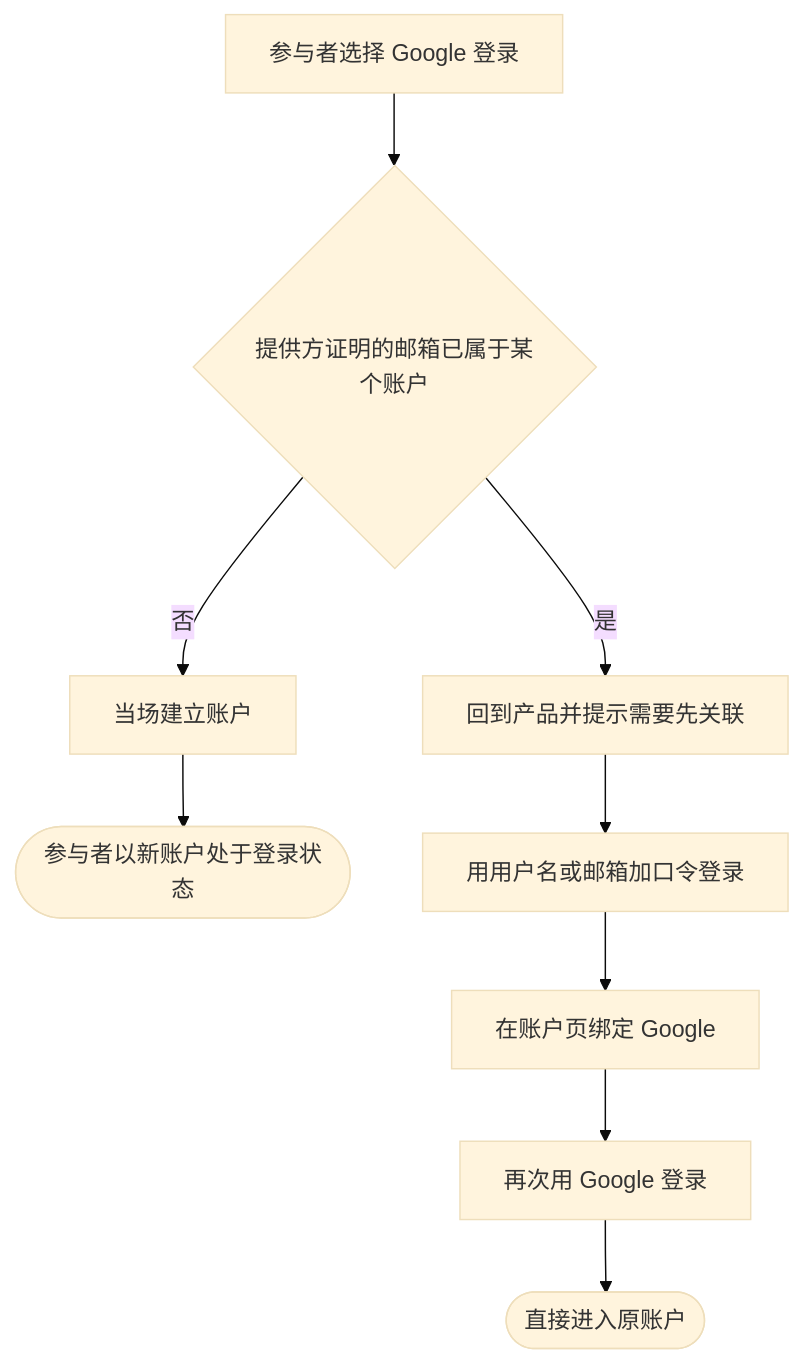
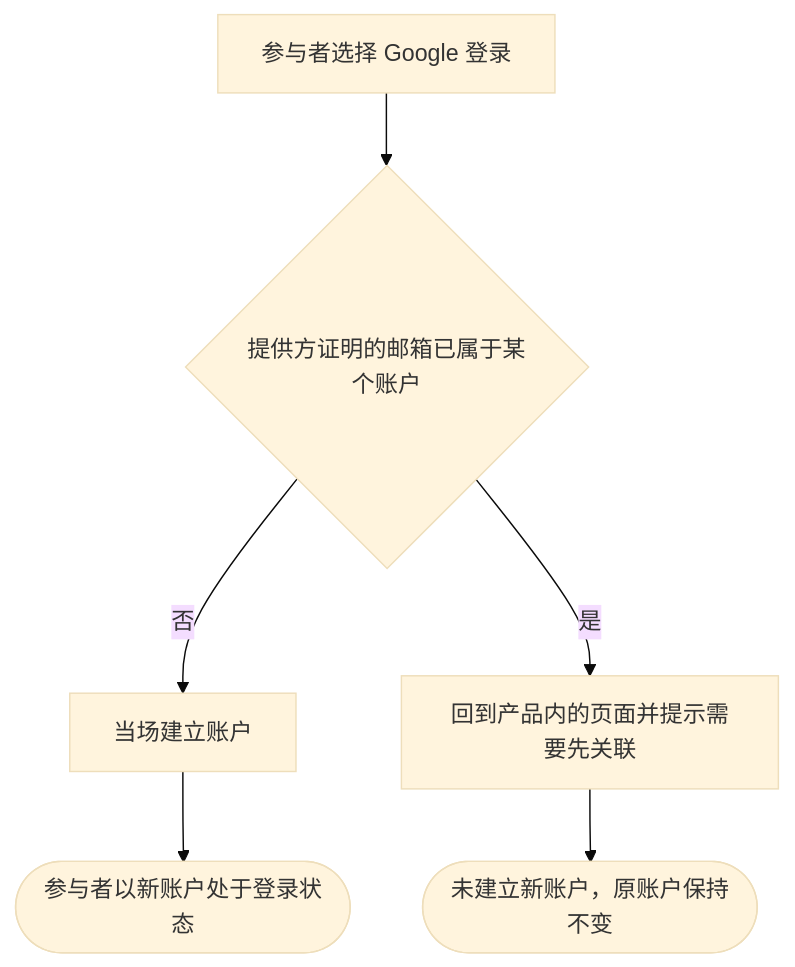
Before and after one commit to wangzw/speed: the diagram in docs/prd/journeys/journey-social-sign-in-and-linking.md, drawn with Mermaid (base theme). The commit also changed other lines of this file and 17 other files, not shown here.

````diff
--- a/docs/prd/journeys/journey-social-sign-in-and-linking.md
+++ b/docs/prd/journeys/journey-social-sign-in-and-linking.md
@@ -48,11 +33,8 @@
 ```mermaid
 flowchart TD
     A[参与者选择 Google 登录] --> B{提供方证明的邮箱已属于某个账户}
     B -->|否| C[当场建立账户]
     C --> D([参与者以新账户处于登录状态])
-    B -->|是| E[回到产品并提示需要先关联]
-    E --> F[用用户名或邮箱加口令登录]
-    F --> G[在账户页绑定 Google]
-    G --> H[再次用 Google 登录]
-    H --> I([直接进入原账户])
+    B -->|是| E[回到产品内的页面并提示需要先关联]
+    E --> F([未建立新账户，原账户保持不变])
 ```
````
